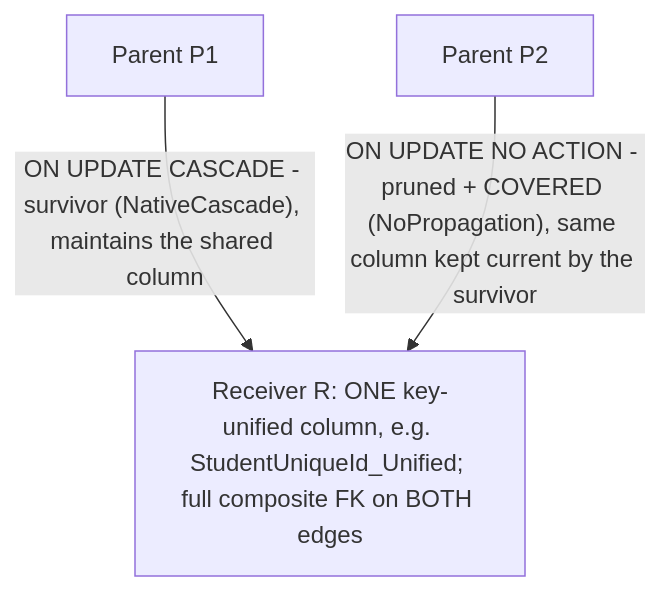
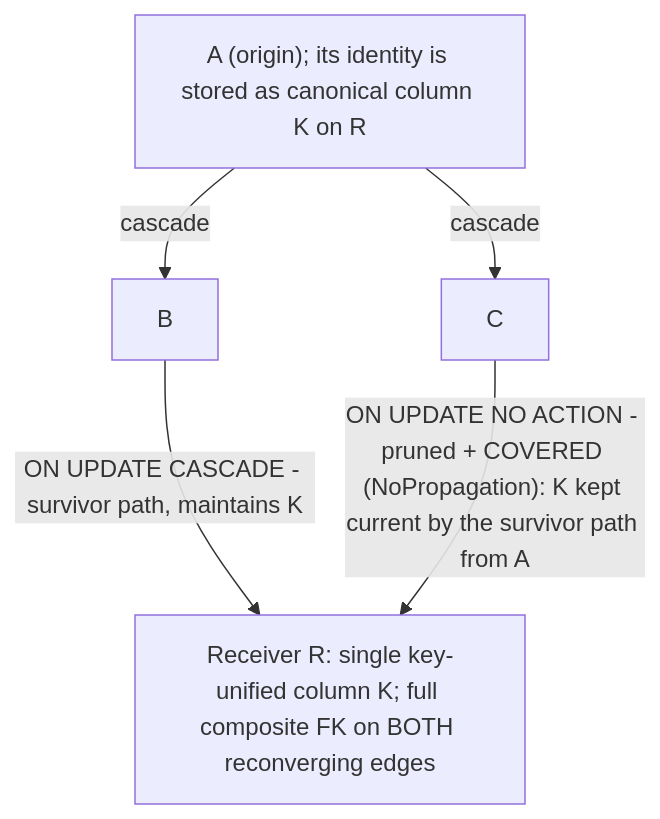
Before and after one commit to Ed-Fi-Alliance-OSS/Data-Management-Service: the fourth of 8 diagrams in reference/design/backend-redesign/design-docs/mssql-cascading.md, drawn with Mermaid. The commit also changed other lines of this file and 16 other files, not shown here.

````diff
--- a/reference/design/backend-redesign/design-docs/mssql-cascading.md
+++ b/reference/design/backend-redesign/design-docs/mssql-cascading.md
@@ -177,8 +205,11 @@
 ```mermaid
 flowchart TD
-  P1["Parent P1"]
-  P2["Parent P2"]
-  R["Receiver R: ONE key-unified column, e.g. StudentUniqueId_Unified; full composite FK on BOTH edges"]
-  P1 -->|"ON UPDATE CASCADE - survivor (NativeCascade), maintains the shared column"| R
-  P2 -->|"ON UPDATE NO ACTION - pruned + COVERED (NoPropagation), same column kept current by the survivor"| R
+  A["A (origin); its identity is stored as canonical column K on R"]
+  B["B"]
+  C["C"]
+  R["Receiver R: single key-unified column K; full composite FK on BOTH reconverging edges"]
+  A -->|"cascade"| B
+  A -->|"cascade"| C
+  B -->|"ON UPDATE CASCADE - survivor path, maintains K"| R
+  C -->|"ON UPDATE NO ACTION - pruned + COVERED (NoPropagation): K kept current by the survivor path from A"| R
 ```
````
